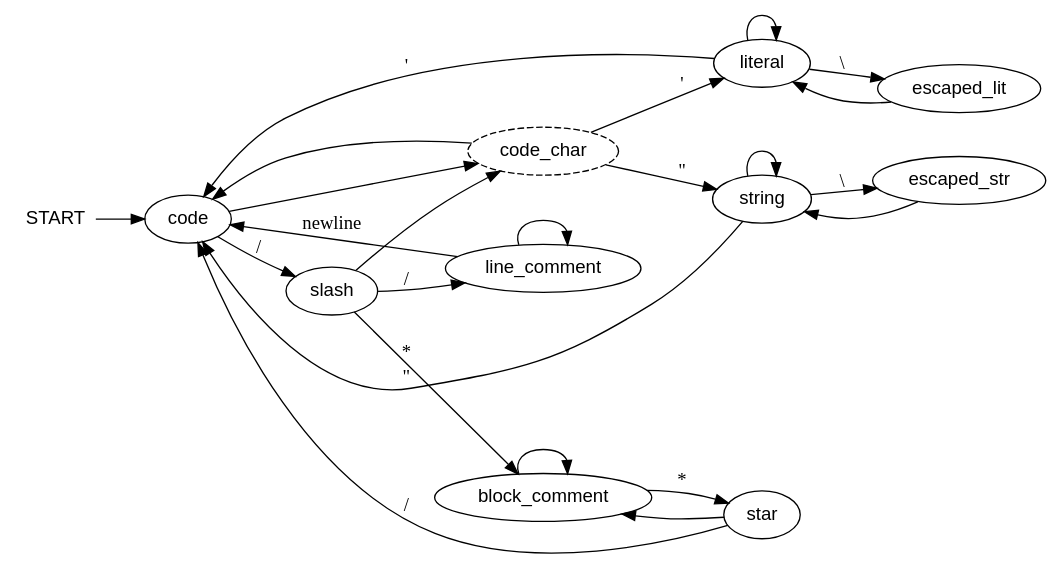
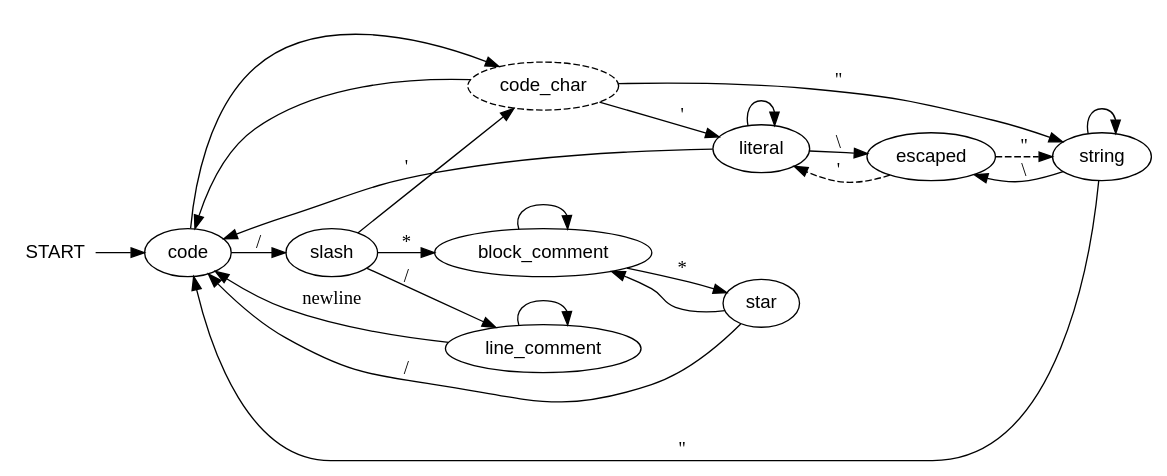
One commit to rdentato/fsm changed the diagram in demo/uncomment.dot. Above: the diagram before and after it, drawn with Graphviz. The commit also changed 2 other files, not shown here.

```diff
--- a/demo/uncomment.dot
+++ b/demo/uncomment.dot
@@ -1,65 +1,62 @@
 // Generated with ChatGPT and then edited
 // To visualize, use dot or past this diagram into
 // https://dreampuf.github.io/GraphvizOnline/
 
 digraph CCommentStripper {
   rankdir=LR;
   node [shape=oval, fontname="Helvetica"];
 
   START [shape=plaintext];
   code;
   code_char [style="dashed,rounded"];
   slash;
   string;
-  escaped_str;
+  escaped;
   literal;
-  escaped_lit;
   line_comment;
   block_comment;
   star;
 
   // Entry
   START -> code [label=""];
 
   // code
   code -> slash       [label="/"];
   code -> code_char [label="  "];
 
   // code_char
   code_char -> string [label="\""];
   code_char -> literal [label="\'"];
   code_char -> code [label=" "];
 
   // slash
   slash -> line_comment [label="/"];
   slash -> block_comment[label="*"];
   slash -> code_char
 
   // string
-  string -> escaped_str [label="\\"];
+  string -> escaped     [label="\\"];
   string -> code        [label="\""];
   string -> string
 
-  // escaped string char
-  escaped_str -> string [label="  "];
+  // escaped 
+  escaped -> string  [label="\"", style="dashed"];
+  escaped -> literal [label="'", style="dashed"];
 
   // literal
-  literal -> escaped_lit  [label="\\"];
+  literal -> escaped      [label="\\"];
   literal -> code         [label="\'"];
   literal -> literal
-
-  // escaped literal char
-  escaped_lit -> literal [label="  "];
 
   // line comment
   line_comment -> code [label="newline"];
   line_comment -> line_comment
 
   // block comment
   block_comment -> star [label="*"];
   block_comment -> block_comment  [label="  "];
 
   // star (inside block comment)
   star -> code [label="/"];
   star -> block_comment  [label="  "];
 }
```
